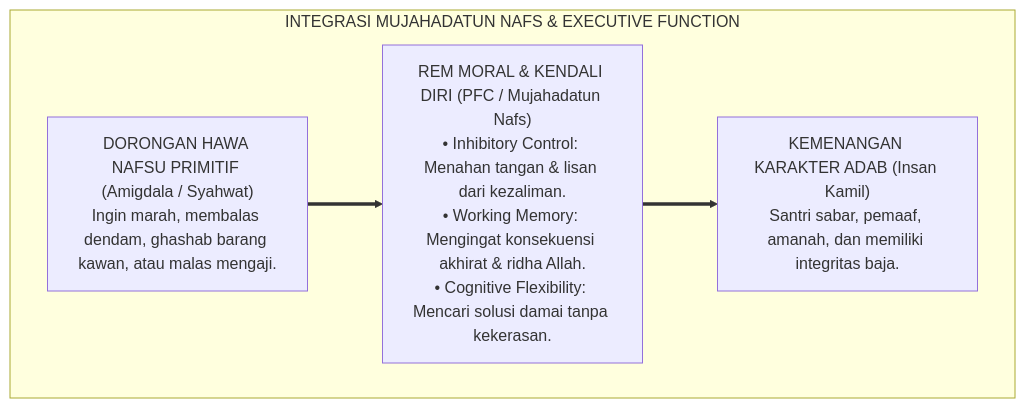
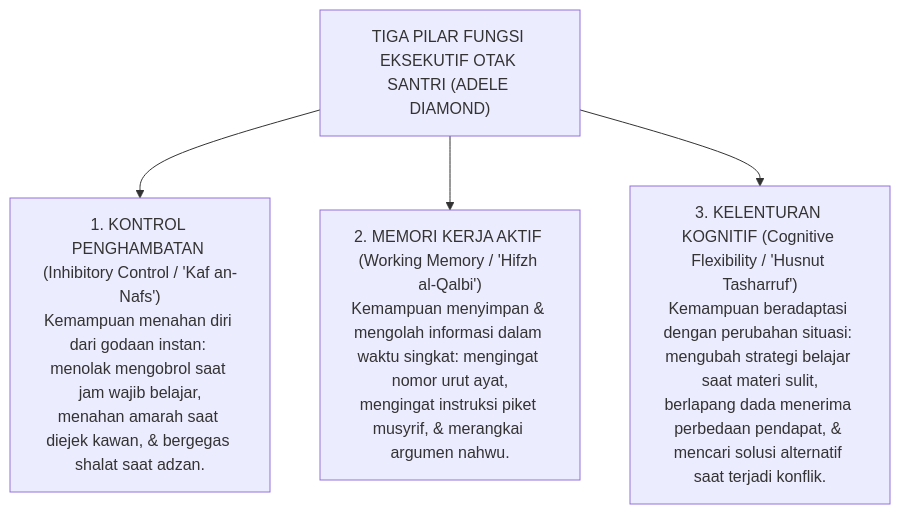
The second of 4 diagrams in BOOK-SERIES/Volume-01/Bab-03-Epistemologi-Integratif-Turats-dan-Neurosains/04-Mujahadatun-Nafs-vs-Executive-Function.md (wandiapriliyandi/tumbuh), drawn with Mermaid before and after one commit. The commit also changed other lines of this file and 24 other files, not shown here.

Commit message:
feat(book-01): perkaya dan perdalam seluruh isi subbab bab 02 s.d. 07 dengan elaborasi komprehensif, analisis mendalam, dan diagram alur lengkap

````diff
--- a/BOOK-SERIES/Volume-01/Bab-03-Epistemologi-Integratif-Turats-dan-Neurosains/04-Mujahadatun-Nafs-vs-Executive-Function.md
+++ b/BOOK-SERIES/Volume-01/Bab-03-Epistemologi-Integratif-Turats-dan-Neurosains/04-Mujahadatun-Nafs-vs-Executive-Function.md
@@ -26,12 +36,10 @@
 ```mermaid
 graph TD
-    subgraph SinergiKendali["INTEGRASI MUJAHADATUN NAFS & EXECUTIVE FUNCTION"]
-        Dorongan["DORONGAN HAWA NAFSU PRIMITIF (Amigdala / Syahwat)<br/>Ingin marah, membalas dendam, ghashab barang kawan, atau malas mengaji."]
-        
-        RemMoral["REM MORAL & KENDALI DIRI (PFC / Mujahadatun Nafs)<br/>• Inhibitory Control: Menahan tangan & lisan dari kezaliman.<br/>• Working Memory: Mengingat konsekuensi akhirat & ridha Allah.<br/>• Cognitive Flexibility: Mencari solusi damai tanpa kekerasan."]
-        
-        Kemenangan["KEMENANGAN KARAKTER ADAB (Insan Kamil)<br/>Santri sabar, pemaaf, amanah, dan memiliki integritas baja."]
-        
-        Dorongan ==> RemMoral ==> Kemenangan
-    end
+    RootEF["TIGA PILAR FUNGSI EKSEKUTIF OTAK SANTRI (ADELE DIAMOND)"]
+    
+    RootEF --> EF1["1. KONTROL PENGHAMBATAN (Inhibitory Control / 'Kaf an-Nafs')<br/>Kemampuan menahan diri dari godaan instan: menolak mengobrol saat jam wajib belajar,<br/>menahan amarah saat diejek kawan, & bergegas shalat saat adzan."]
+    
+    RootEF --> EF2["2. MEMORI KERJA AKTIF (Working Memory / 'Hifzh al-Qalbi')<br/>Kemampuan menyimpan & mengolah informasi dalam waktu singkat: mengingat nomor urut ayat,<br/>mengingat instruksi piket musyrif, & merangkai argumen nahwu."]
+    
+    RootEF --> EF3["3. KELENTURAN KOGNITIF (Cognitive Flexibility / 'Husnut Tasharruf')<br/>Kemampuan beradaptasi dengan perubahan situasi: mengubah strategi belajar saat materi sulit,<br/>berlapang dada menerima perbedaan pendapat, & mencari solusi alternatif saat terjadi konflik."]
 ```
````
